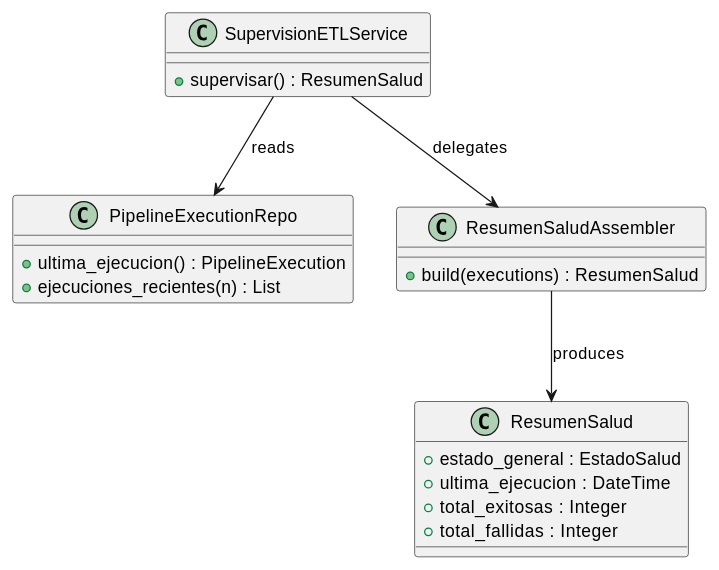
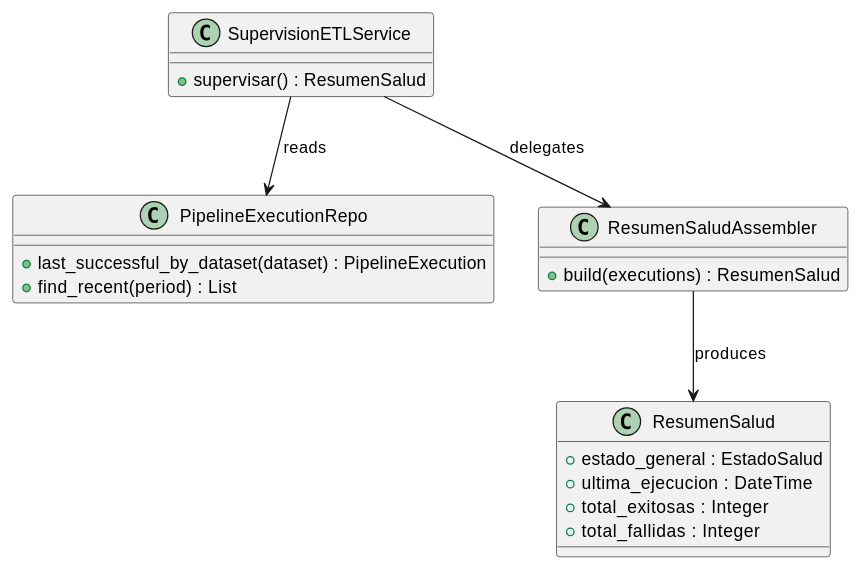
The diagram in source/requisitos/casos-uso/pipeline/uc-pip-01/diagramas-uml/diagrama-de-clases.rst (jcg-admin/IACT-docs), drawn with PlantUML before and after one commit. The commit also changed 7 other files, not shown here.

```diff
--- a/source/requisitos/casos-uso/pipeline/uc-pip-01/diagramas-uml/diagrama-de-clases.rst
+++ b/source/requisitos/casos-uso/pipeline/uc-pip-01/diagramas-uml/diagrama-de-clases.rst
@@ -6,30 +6,30 @@
 .. uml::
  :caption: UC_PIP_01 — clases involucradas.
 
  @startuml
 
  class SupervisionETLService {
    + supervisar() : ResumenSalud
  }
 
  class PipelineExecutionRepo {
-   + ultima_ejecucion() : PipelineExecution
-   + ejecuciones_recientes(n) : List
+   + last_successful_by_dataset(dataset) : PipelineExecution
+   + find_recent(period) : List
  }
 
  class ResumenSaludAssembler {
    + build(executions) : ResumenSalud
  }
 
  class ResumenSalud {
    + estado_general : EstadoSalud
    + ultima_ejecucion : DateTime
    + total_exitosas : Integer
    + total_fallidas : Integer
  }
 
  SupervisionETLService --> PipelineExecutionRepo : reads
  SupervisionETLService --> ResumenSaludAssembler : delegates
  ResumenSaludAssembler --> ResumenSalud : produces
 
  @enduml
```
